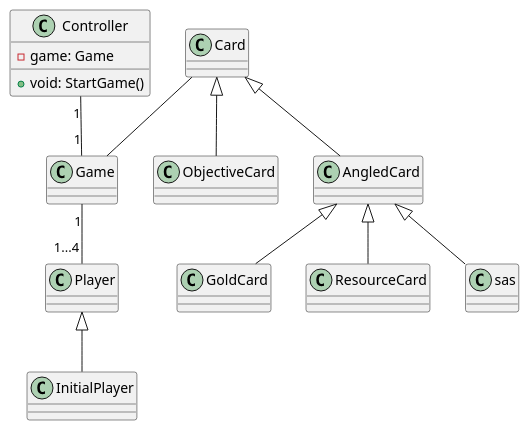
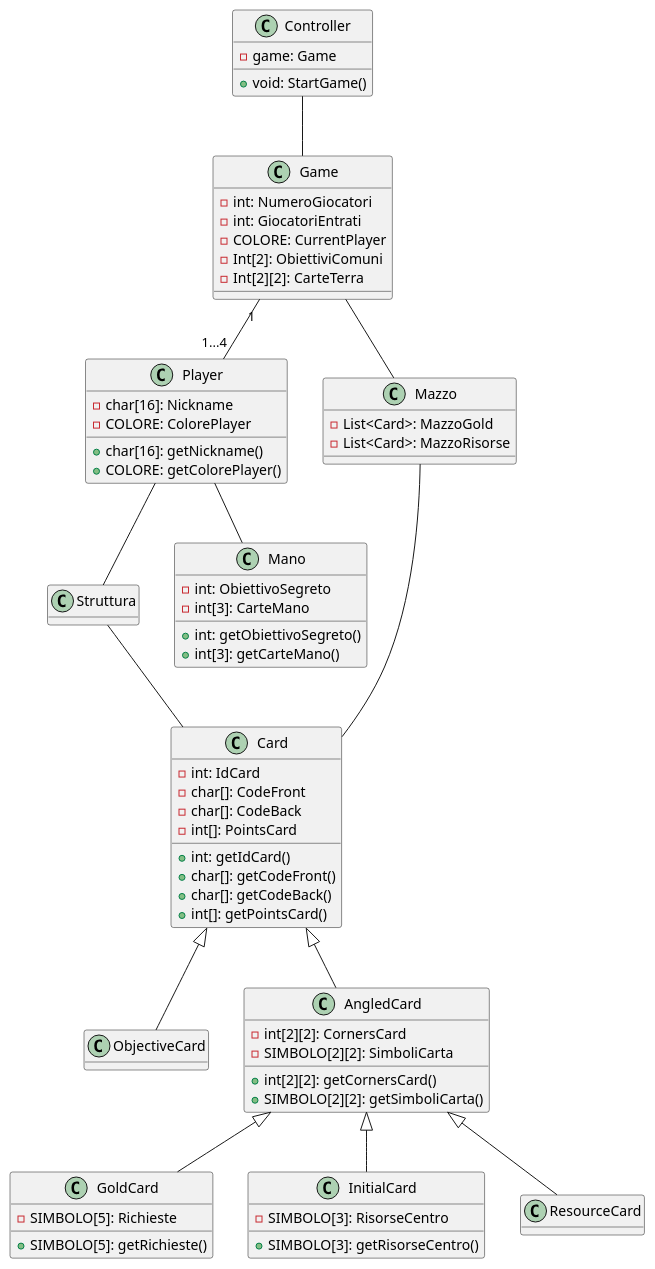
One commit to LucaPozzato/ing-sw-2024-pozzato-puccia-romano-saso changed the diagram in UML/uml.pu. Above: the diagram before and after it, drawn with PlantUML.

Commit message:
uml try2

```diff
--- a/UML/uml.pu
+++ b/UML/uml.pu
@@ -1,47 +1,131 @@
 @startuml
 
+hide empty fields
+
+'2DO: '
+'1. Enumerazione simboli e colori '
+'2. frecce di composizione per struttura - carte '
+'3. metodi Game '
+'4. tutto controller '
+'5. come inserire, cosa inserire per la view '
+'6. inserire network? '
 
 class Controller {
 
-'attributi
-- game: Game
+    'attributi
+    - game: Game
 
-'metodi
-+ void: StartGame()
+    'metodi'
+    + void: StartGame()
 
 
 }
 
 class Game {
-
+    - int: NumeroGiocatori
+    - int: GiocatoriEntrati
+    '- ?StadioGioco '
+    - COLORE: CurrentPlayer
+    '?Board con dizionario colore punteggio'
+    'check sull'istanza array
+    - Int[2]: ObiettiviComuni
+    - Int[2][2]: CarteTerra
 }
 
 class Player {
+   - char[16]: Nickname
+   - COLORE: ColorePlayer
 
-}
-class InitialPlayer extends Player {
-
+   + char[16]: getNickname()
+   + COLORE: getColorePlayer()
 }
 
+
 class Card {
+    'colore lo codifichiam nell'id? o lo salviamo in una var?
+   - int: IdCard
+   - char[]: CodeFront
+   - char[]: CodeBack
+   - int[]: PointsCard
+
+   + int: getIdCard()
+   + char[]: getCodeFront()
+   + char[]: getCodeBack()
+   + int[]: getPointsCard()
 
 }
 
 class ObjectiveCard extends Card {
 
+    'tipo dell'obiettivo con enum? o codificato?'
+    'non chiarissimo come caratterizzare l'obiettivo'
+
 }
 
 class AngledCard extends Card {
 
+    - int[2][2]: CornersCard
+    'decidere valore di default per corner non presente, corner presente non collegato, Id/puntatore carrta'
+    - SIMBOLO[2][2]: SimboliCarta
+
+    + int[2][2]: getCornersCard()
+    + SIMBOLO[2][2]: getSimboliCarta()
 }
 
-class GoldCard extends AngledCard {}
+
+class GoldCard extends AngledCard {
+
+    - SIMBOLO[5]: Richieste
+    'tipo ^ da capire'
+    'caratterizzare tipo obiettivo'
+
+    + SIMBOLO[5]: getRichieste()
+
+}
+
+
+class InitialCard extends AngledCard {
+
+    - SIMBOLO[3]: RisorseCentro
+    'tipo da capire'
+
+    + SIMBOLO[3]: getRisorseCentro()
+}
+
 class ResourceCard extends AngledCard {}
-class sas extends AngledCard {}
 
-Controller "1" -- "1" Game
+class Struttura {
+
+}
+
+
+class Mazzo {
+
+    'check sul tipo dinamico statico'
+    - List<Card>: MazzoGold
+    - List<Card>: MazzoRisorse
+
+}
+
+class Mano {
+
+    - int: ObiettivoSegreto
+    - int[3]: CarteMano
+
+    + int: getObiettivoSegreto()
+    + int[3]: getCarteMano()
+}
+
+
+Controller  --  Game
 Game "1" -- "1...4" Player
-Card  --  Game
+Game -- Mazzo
+Mazzo -- Card
+Player -- Struttura
+Player -- Mano
+Struttura -- Card
+
+
 
 
 @enduml
```
